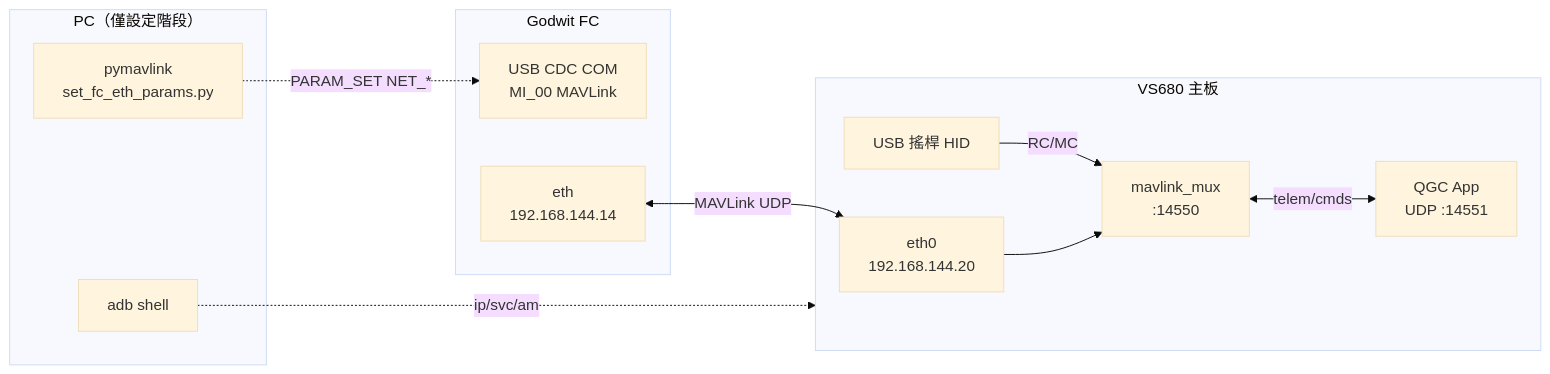
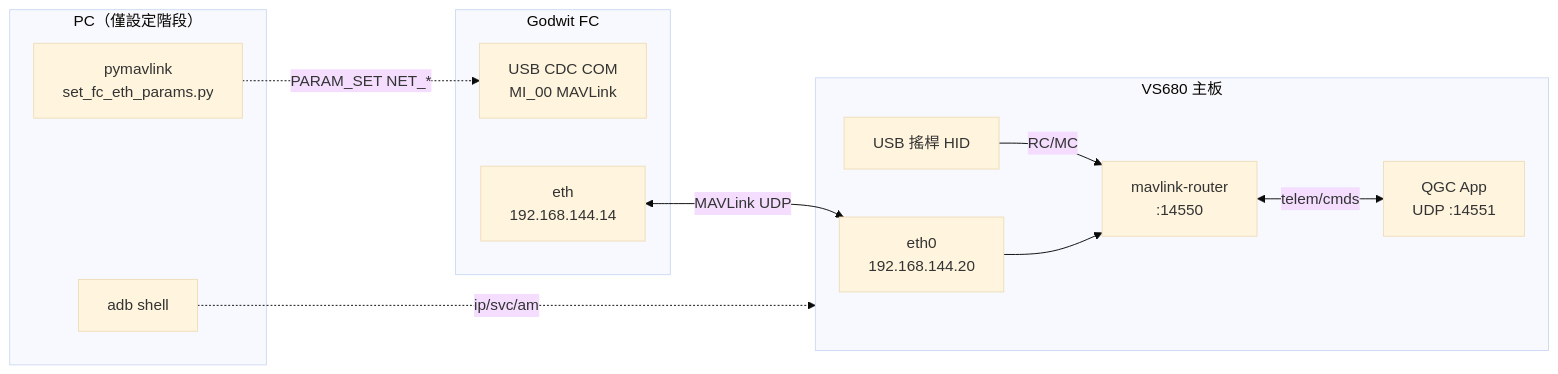
The diagram in docs/bring-up/integration-report-eth0-fc-communication-20260731.md (BrianChang1212/Pro_RC_VS680_Mux_HTL), drawn with Mermaid (base theme) before and after one commit. The commit also changed other lines of this file and 7 other files, not shown here.

First line of the commit message:
[Doc] 統一 MAVLink router 名稱並調整延遲呈現

````diff
--- a/docs/bring-up/integration-report-eth0-fc-communication-20260731.md
+++ b/docs/bring-up/integration-report-eth0-fc-communication-20260731.md
@@ -28,23 +28,23 @@
 ```mermaid
 flowchart LR
   subgraph PC["PC（僅設定階段）"]
     PY["pymavlink\nset_fc_eth_params.py"]
     ADB["adb shell"]
   end
   subgraph FC["Godwit FC"]
     USB["USB CDC COM\nMI_00 MAVLink"]
     ETH_FC["eth\n192.168.144.14"]
   end
   subgraph Board["VS680 主板"]
     ETH_B["eth0\n192.168.144.20"]
-    MUX["mavlink_mux\n:14550"]
+    MUX["mavlink-router\n:14550"]
     QGC["QGC App\nUDP :14551"]
     JOY["USB 搖桿 HID"]
   end
   PY -.->|"PARAM_SET NET_*"| USB
   ADB -.->|"ip/svc/am"| Board
   JOY -->|"RC/MC"| MUX
   ETH_FC <-->|"MAVLink UDP"| ETH_B
   ETH_B --> MUX
   MUX <-->|"telem/cmds"| QGC
 ```
````
